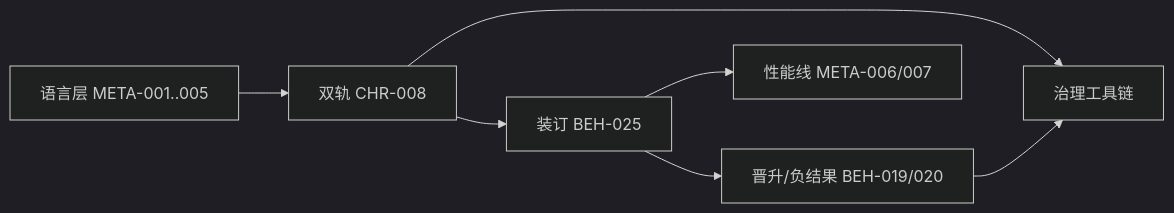
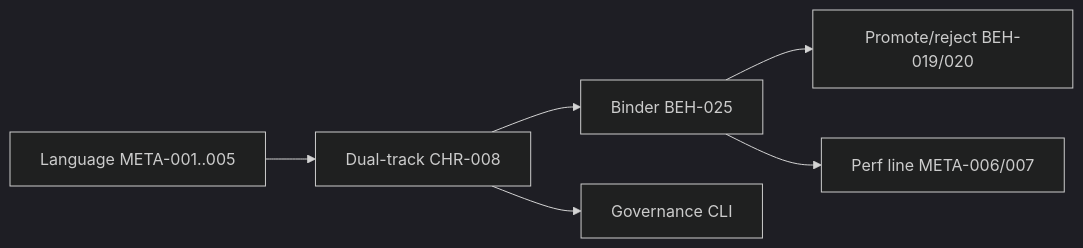
One commit to xuefenghao5121/NDF-Harness changed the diagram in docs/WORKFLOW-FEATURES.md. Above: the diagram before and after it, drawn with Mermaid (dark theme). The commit also changed other lines of this file and 100 other files, not shown here.

````diff
--- a/docs/WORKFLOW-FEATURES.md
+++ b/docs/WORKFLOW-FEATURES.md
@@ -11,13 +13,12 @@
 ```mermaid
 flowchart LR
-  Lang["语言层 META-001..005"]
-  Dual["双轨 CHR-008"]
-  Bind["装订 BEH-025"]
-  Gate["晋升/负结果 BEH-019/020"]
-  Perf["性能线 META-006/007"]
-  Gov["治理工具链"]
+  Lang["Language META-001..005"]
+  Dual["Dual-track CHR-008"]
+  Bind["Binder BEH-025"]
+  Gate["Promote/reject BEH-019/020"]
+  Perf["Perf line META-006/007"]
+  Gov["Governance CLI"]
   Lang --> Dual --> Bind --> Gate
   Bind --> Perf
   Dual --> Gov
-  Gate --> Gov
 ```
````
